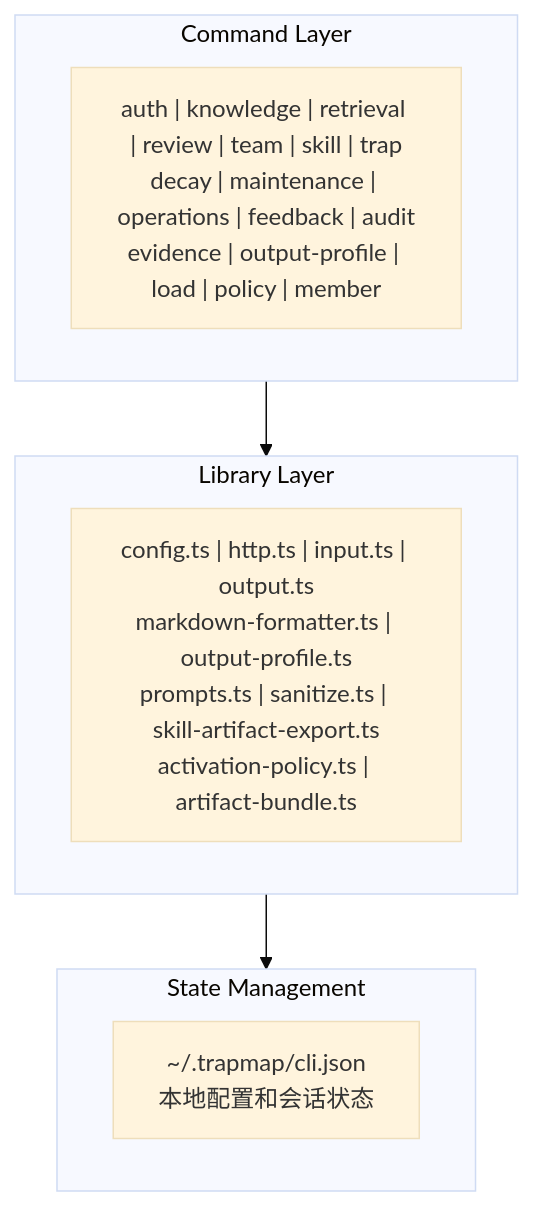
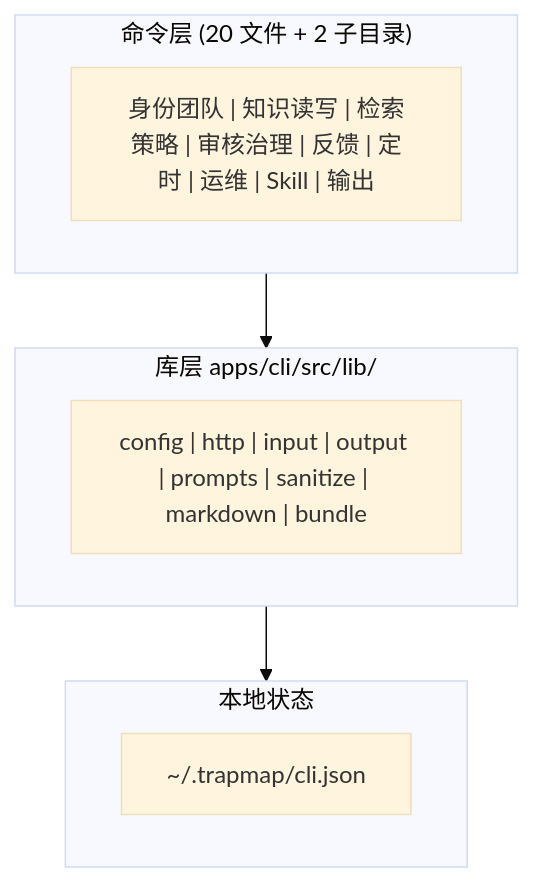
One commit to pofossette/TrapMap-for-vibing changed the diagram in docs/architecture/components/CLIENT.md. Above: the diagram before and after it, drawn with Mermaid (base theme). The commit also changed other lines of this file and 17 other files, not shown here.

First line of the commit message:
docs(architecture): source-anchored rewrite, single-source cuts, paper passages intact (Phase 2b)

````diff
--- a/docs/architecture/components/CLIENT.md
+++ b/docs/architecture/components/CLIENT.md
@@ -16,16 +15,13 @@
 ```mermaid
 flowchart TB
-    subgraph 命令层["Command Layer"]
-        A["auth | knowledge | retrieval | review | team | skill | trap\ndecay | maintenance | operations | feedback | audit\nevidence | output-profile | load | policy | member"]
+    subgraph 命令层["命令层 (20 文件 + 2 子目录)"]
+        A["身份团队 | 知识读写 | 检索策略 | 审核治理 | 反馈 | 定时 | 运维 | Skill | 输出"]
     end
-
-    subgraph 库层["Library Layer"]
-        B["config.ts | http.ts | input.ts | output.ts\nmarkdown-formatter.ts | output-profile.ts\nprompts.ts | sanitize.ts | skill-artifact-export.ts\nactivation-policy.ts | artifact-bundle.ts"]
+    subgraph 库层["库层 apps/cli/src/lib/"]
+        B["config | http | input | output | prompts | sanitize | markdown | bundle"]
     end
-
-    subgraph 状态管理["State Management"]
-        C["~/.trapmap/cli.json\n本地配置和会话状态"]
+    subgraph 状态["本地状态"]
+        C["~/.trapmap/cli.json"]
     end
-
-    命令层 --> 库层 --> 状态管理
+    命令层 --> 库层 --> 状态
 ```
````
